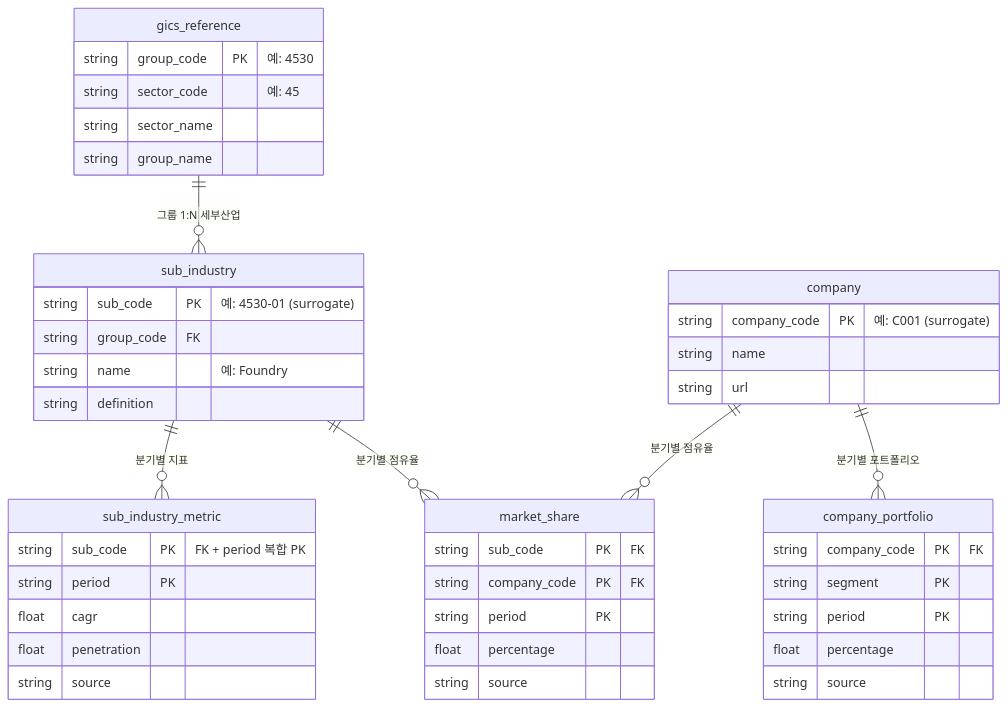
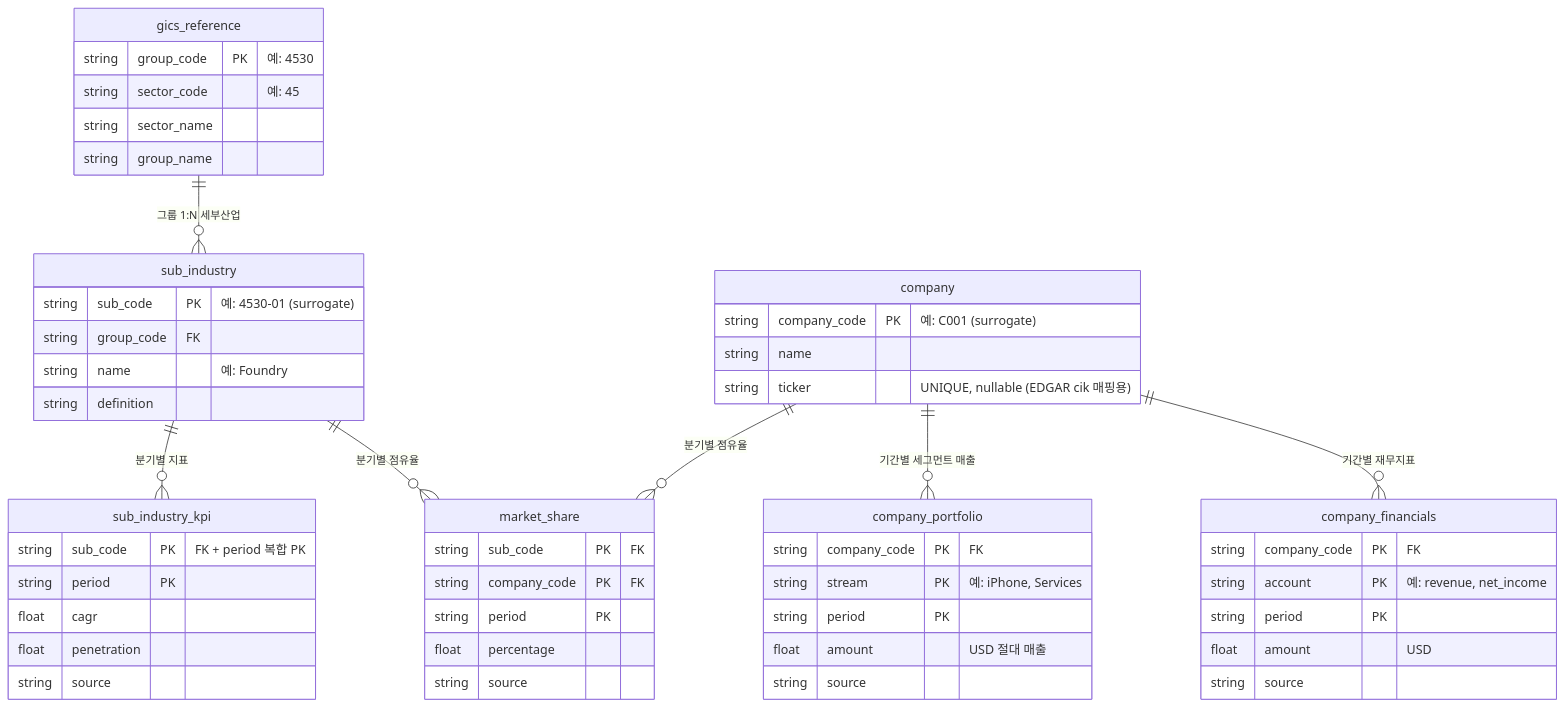
The diagram in DESIGN.md (seung-gu/value-agent), drawn with Mermaid before and after one commit. The commit also changed other lines of this file and 13 other files, not shown here.

First line of the commit message:
feat(company): EDGAR financials+segments via edgartools, web fallback

````diff
--- a/DESIGN.md
+++ b/DESIGN.md
@@ -90,47 +90,55 @@
 ```mermaid
 erDiagram
     gics_reference ||--o{ sub_industry        : "그룹 1:N 세부산업"
-    sub_industry   ||--o{ sub_industry_metric : "분기별 지표"
+    sub_industry   ||--o{ sub_industry_kpi : "분기별 지표"
     sub_industry   ||--o{ market_share        : "분기별 점유율"
     company        ||--o{ market_share        : "분기별 점유율"
-    company        ||--o{ company_portfolio   : "분기별 포트폴리오"
+    company        ||--o{ company_portfolio   : "기간별 세그먼트 매출"
+    company        ||--o{ company_financials   : "기간별 재무지표"
 
     gics_reference {
         string group_code  PK "예: 4530"
         string sector_code    "예: 45"
         string sector_name
         string group_name
     }
     sub_industry {
         string sub_code    PK "예: 4530-01 (surrogate)"
         string group_code  FK
         string name           "예: Foundry"
         string definition
     }
     company {
         string company_code PK "예: C001 (surrogate)"
         string name
-        string url
+        string ticker         "UNIQUE, nullable (EDGAR cik 매핑용)"
     }
-    sub_industry_metric {
+    sub_industry_kpi {
         string sub_code PK "FK + period 복합 PK"
         string period   PK
         float  cagr
         float  penetration
         string source
     }
     market_share {
         string sub_code     PK "FK"
         string company_code PK "FK"
         string period       PK
         float  percentage
         string source
     }
     company_portfolio {
         string company_code PK "FK"
-        string segment      PK
+        string stream       PK "예: iPhone, Services"
         string period       PK
-        float  percentage
+        float  amount          "USD 절대 매출"
+        string source
+    }
+    company_financials {
+        string company_code PK "FK"
+        string account      PK "예: revenue, net_income"
+        string period       PK
+        float  amount          "USD"
         string source
     }
 ```
````
